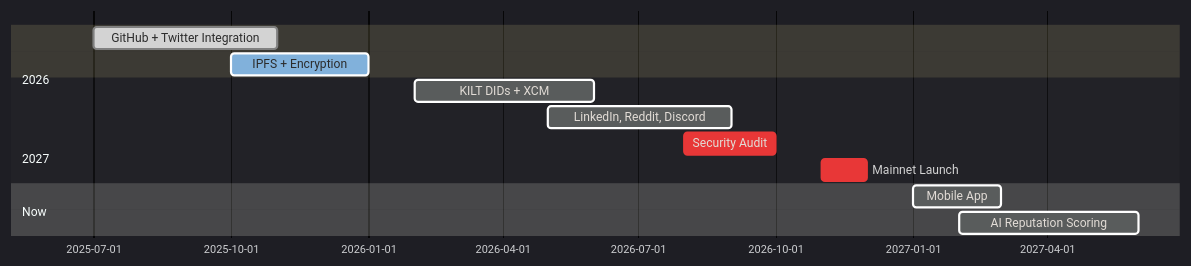
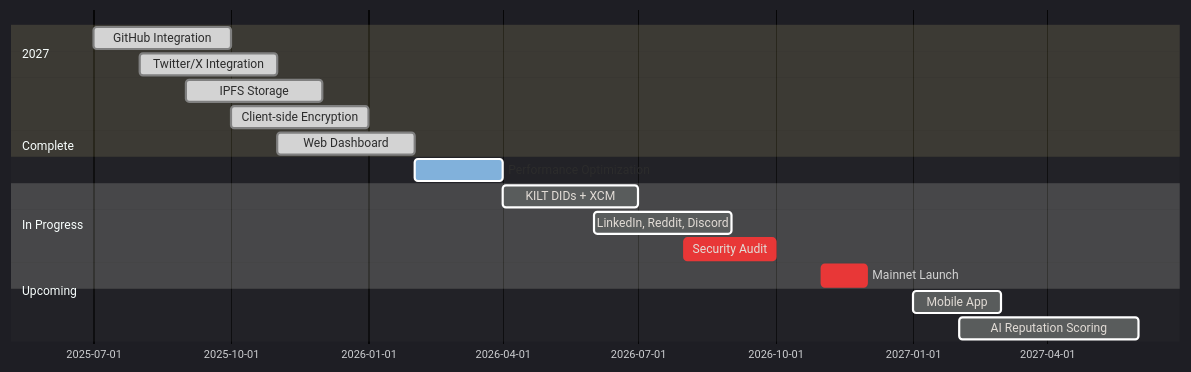
The second of 2 diagrams in README.md (tufstraka/shadowchain), drawn with Mermaid before and after one commit.

Commit message:
Update roadmap to reflect actual progress

````diff
--- a/README.md
+++ b/README.md
@@ -116,16 +116,21 @@
 ```mermaid
 %%{init: {'theme':'dark', 'themeVariables': { 'done0':'#22c55e','active0':'#06b6d4','crit0':'#ef4444','grid':'#334155','textColor':'#f8fafc','fontSize':'12px'}}}%%
 gantt
     dateFormat YYYY-MM
-    section Now
-    GitHub + Twitter Integration :done, 2025-07, 2025-11
-    IPFS + Encryption           :active, 2025-10, 2026-01
-    section 2026
-    KILT DIDs + XCM             :2026-02, 2026-06
-    LinkedIn, Reddit, Discord   :2026-05, 2026-09
+    section Complete
+    GitHub Integration          :done, 2025-07, 2025-10
+    Twitter/X Integration       :done, 2025-08, 2025-11
+    IPFS Storage                :done, 2025-09, 2025-12
+    Client-side Encryption      :done, 2025-10, 2026-01
+    Web Dashboard               :done, 2025-11, 2026-02
+    section In Progress
+    Performance Optimization    :active, 2026-02, 2026-04
+    section Upcoming
+    KILT DIDs + XCM             :2026-04, 2026-07
+    LinkedIn, Reddit, Discord   :2026-06, 2026-09
     Security Audit              :crit, 2026-08, 2026-10
     Mainnet Launch              :crit, 2026-11, 2026-12
     section 2027
     Mobile App                  :2027-01, 2027-03
     AI Reputation Scoring       :2027-02, 2027-06
 ```
````
